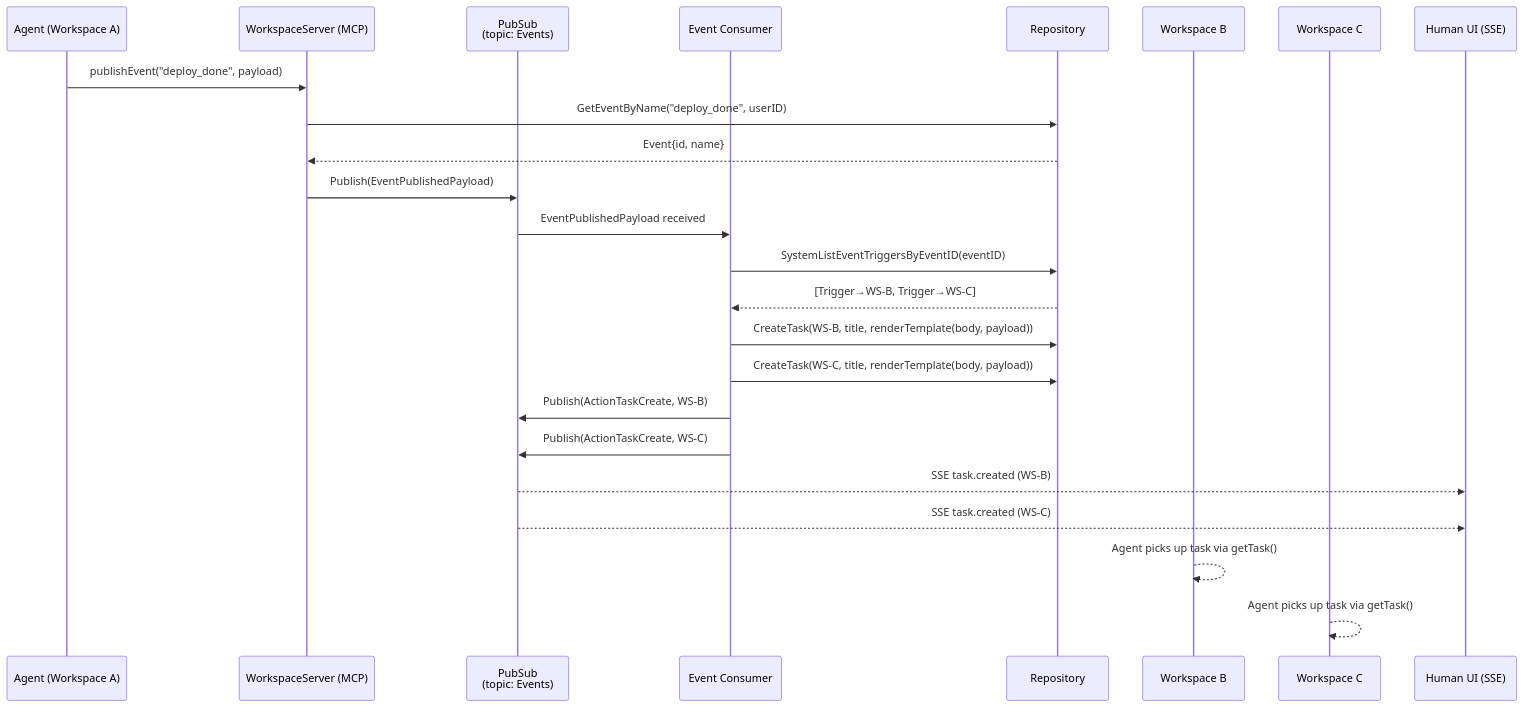
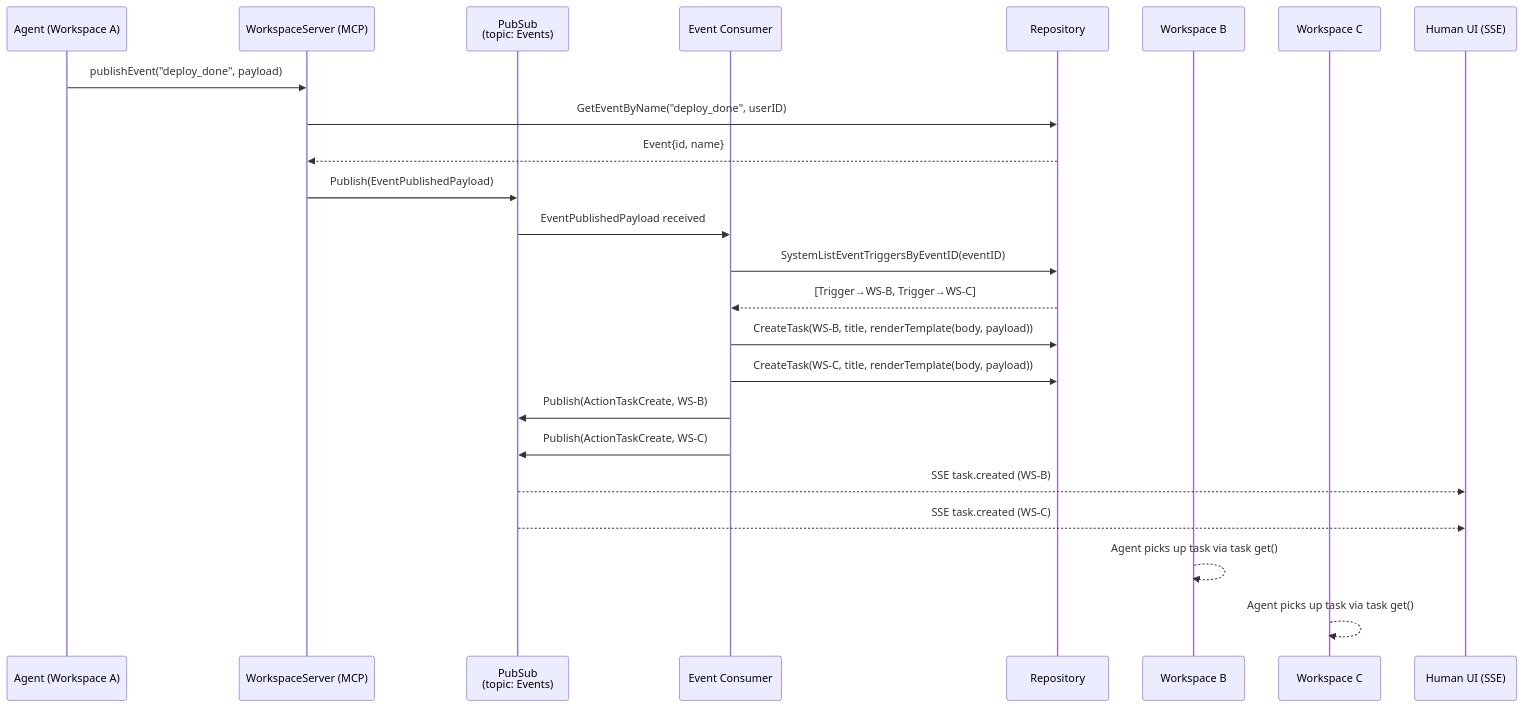
One commit to agentrq/agentrq changed the first of 2 diagrams in ARCHITECTURE.md. Above: the diagram before and after it, drawn with Mermaid. The commit also changed other lines of this file and 80 other files, not shown here.

````diff
--- a/ARCHITECTURE.md
+++ b/ARCHITECTURE.md
@@ -349,31 +333,31 @@
 ```mermaid
 sequenceDiagram
     participant A as Agent (Workspace A)
     participant MCP as WorkspaceServer (MCP)
     participant PS as PubSub<br/>(topic: Events)
     participant EC as Event Consumer
     participant DB as Repository
     participant B as Workspace B
     participant C as Workspace C
     participant UI as Human UI (SSE)
 
     A->>MCP: publishEvent("deploy_done", payload)
     MCP->>DB: GetEventByName("deploy_done", userID)
     DB-->>MCP: Event{id, name}
     MCP->>PS: Publish(EventPublishedPayload)
 
     PS->>EC: EventPublishedPayload received
     EC->>DB: SystemListEventTriggersByEventID(eventID)
     DB-->>EC: [Trigger→WS-B, Trigger→WS-C]
 
     EC->>DB: CreateTask(WS-B, title, renderTemplate(body, payload))
     EC->>DB: CreateTask(WS-C, title, renderTemplate(body, payload))
 
     EC->>PS: Publish(ActionTaskCreate, WS-B)
     EC->>PS: Publish(ActionTaskCreate, WS-C)
     PS-->>UI: SSE task.created (WS-B)
     PS-->>UI: SSE task.created (WS-C)
 
-    B-->>B: Agent picks up task via getTask()
-    C-->>C: Agent picks up task via getTask()
+    B-->>B: Agent picks up task via task get()
+    C-->>C: Agent picks up task via task get()
 ```
````
